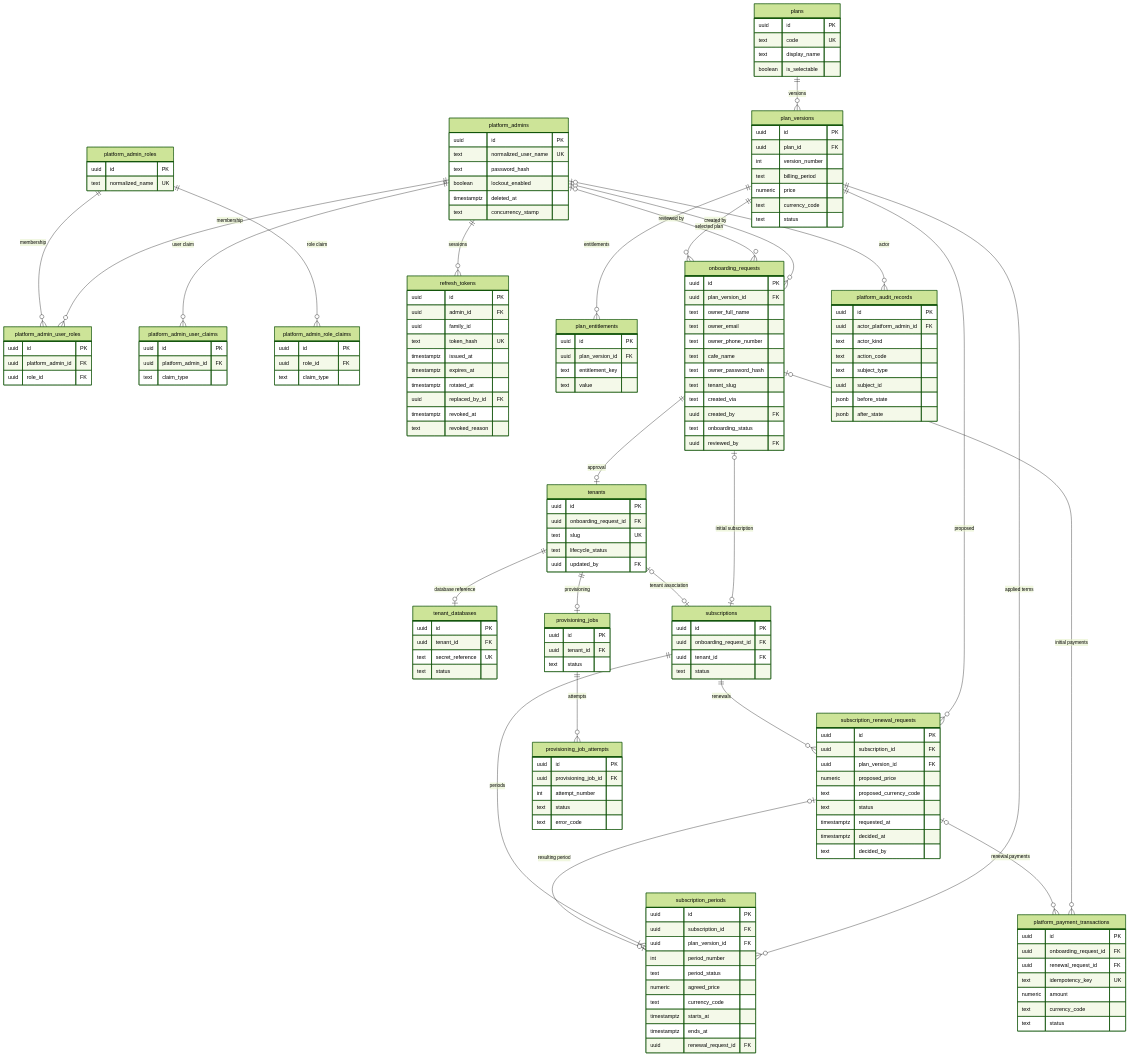
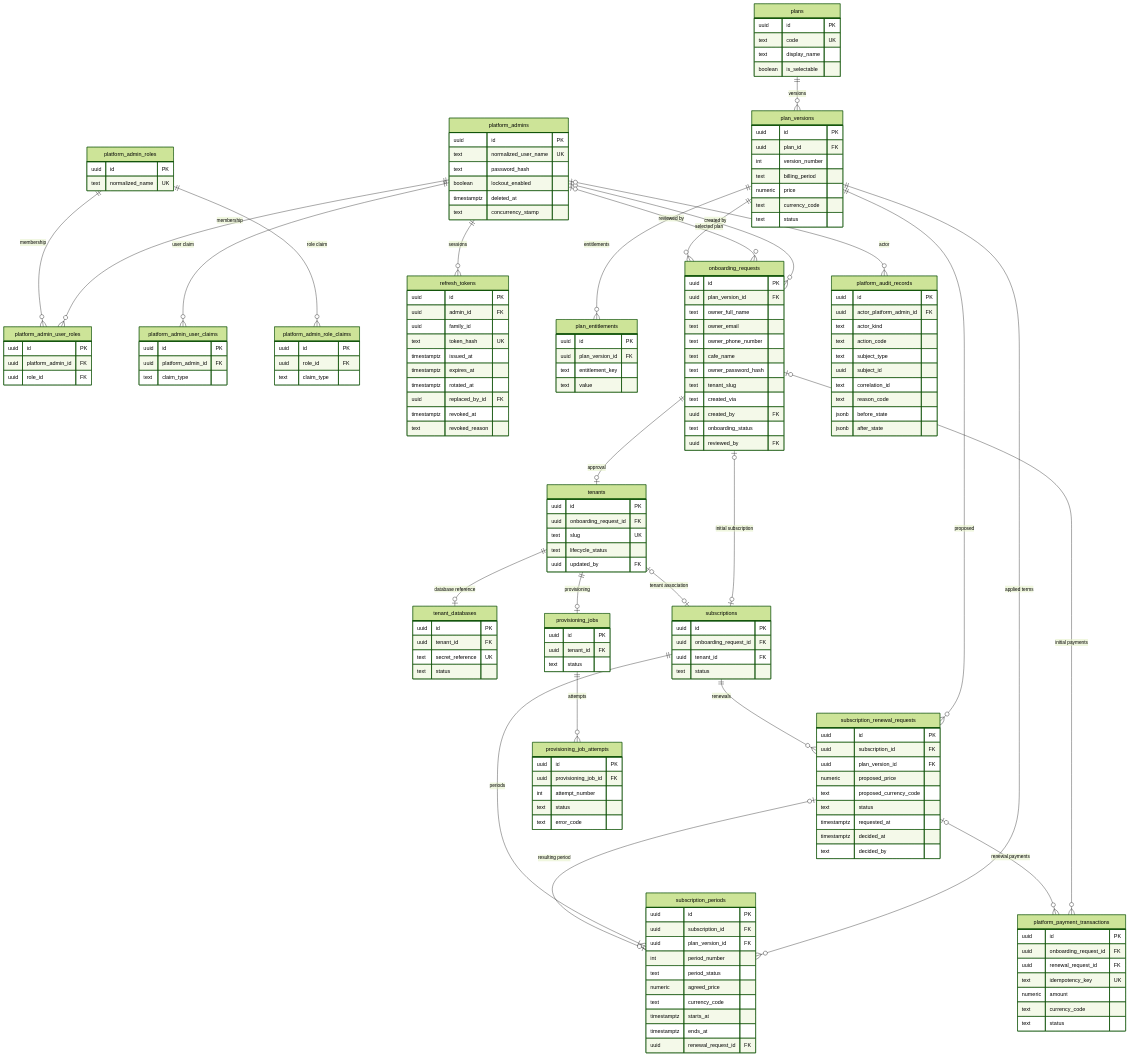
Before and after one commit to Cafe-Sass/CafeHub-Backend: the diagram in architecture/erd-master.md, drawn with Mermaid (forest theme). The commit also changed other lines of this file, not shown here.

First line of the commit message:
docs(architecture): add correlation and reason columns to audit records

```diff
--- a/architecture/erd-master.md
+++ b/architecture/erd-master.md
@@ -150,6 +150,8 @@
         text action_code
         text subject_type
         uuid subject_id
+        text correlation_id
+        text reason_code
         jsonb before_state
         jsonb after_state
     }
```
